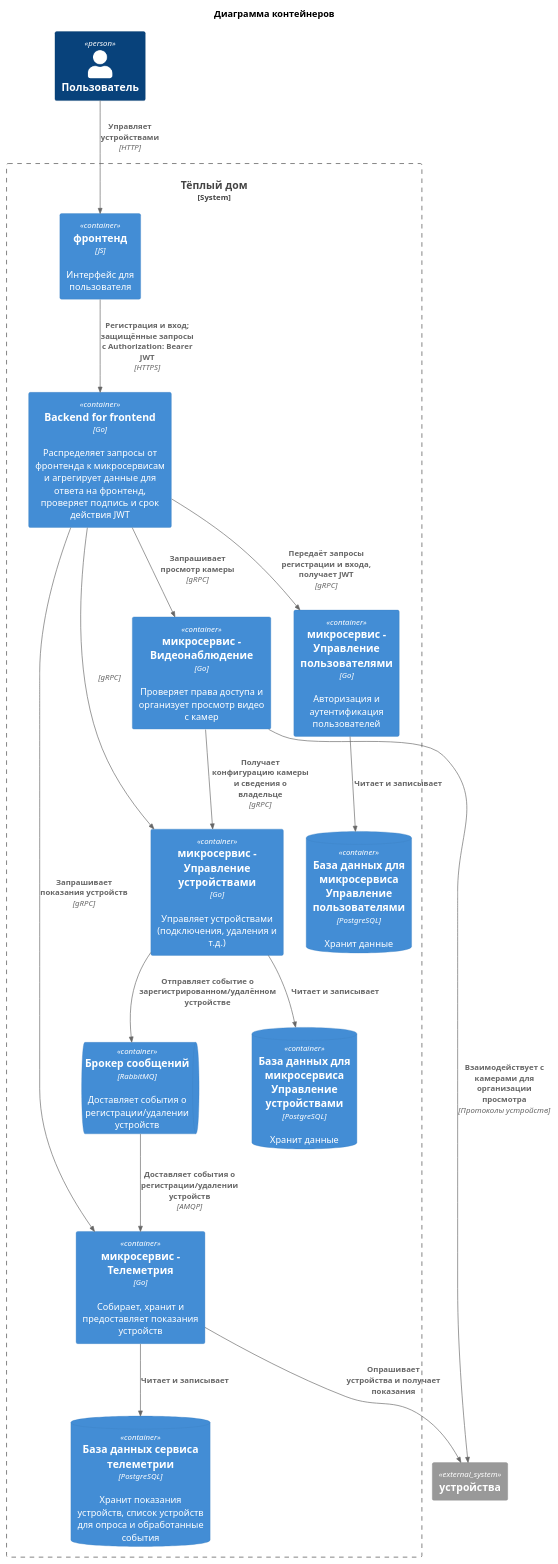
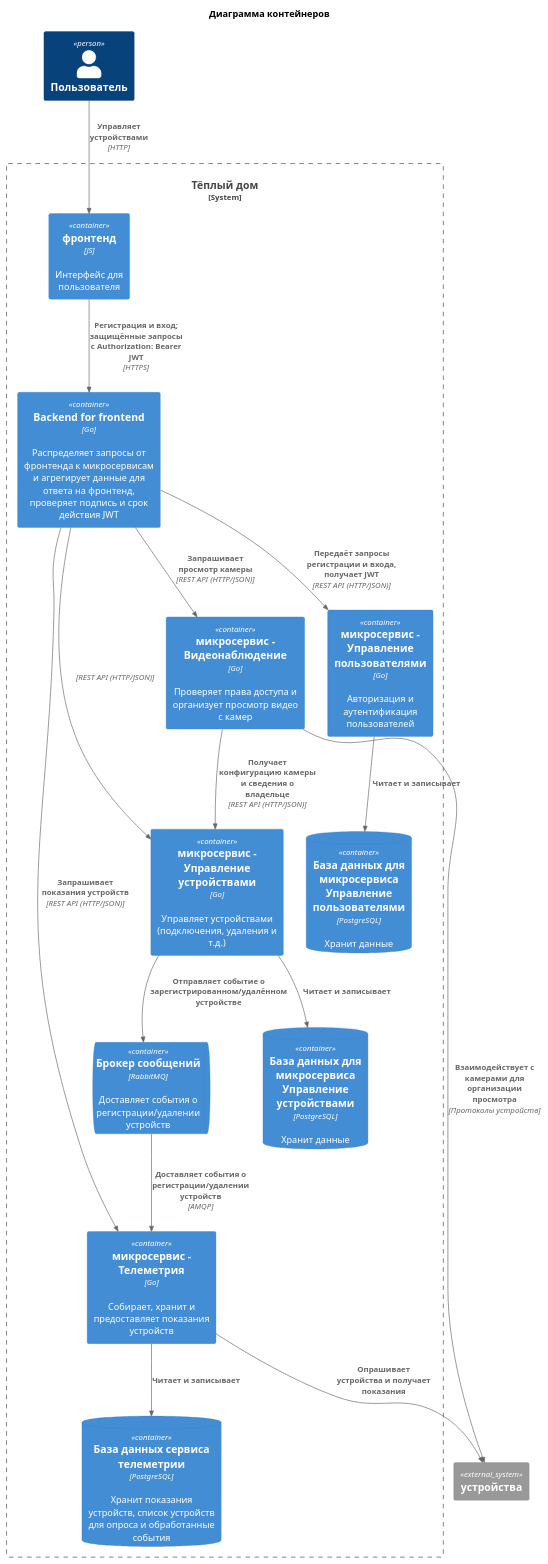
One commit to NikolosHGW/architecture-pro-warmhouse changed the diagram in schemas/2/container/container.puml. Above: the diagram before and after it, drawn with PlantUML. The commit also changed 4 other files, not shown here.

```diff
--- a/schemas/2/container/container.puml
+++ b/schemas/2/container/container.puml
@@ -1,48 +1,48 @@
 @startuml
 !include <C4/C4_Container>
 
 title Диаграмма контейнеров
 
 Person(user, "Пользователь")
 
 System_Boundary(warmhouse, "Тёплый дом") {
 
     Container(web_client, "фронтенд", "JS", "Интерфейс для пользователя")
 
     Container(bff, "Backend for frontend", "Go", "Распределяет запросы от фронтенда к микросервисам и агрегирует данные для ответа на фронтенд, проверяет подпись и срок действия JWT")
 
     Container(devices, "микросервис - Управление устройствами", "Go", "Управляет устройствами (подключения, удаления и т.д.)")
 
     ContainerDb(devices_db, "База данных для микросервиса Управление устройствами", "PostgreSQL", "Хранит данные")
 
     Container(telemetry, "микросервис - Телеметрия", "Go", "Собирает, хранит и предоставляет показания устройств")
 
     ContainerDb(telemetry_db, "База данных сервиса телеметрии", "PostgreSQL", "Хранит показания устройств, список устройств для опроса и обработанные события")
 
     Container(video, "микросервис - Видеонаблюдение", "Go", "Проверяет права доступа и организует просмотр видео с камер")
 
     Container(auth, "микросервис - Управление пользователями", "Go", "Авторизация и аутентификация пользователей")
 
     ContainerDb(auth_db, "База данных для микросервиса Управление пользователями", "PostgreSQL", "Хранит данные")
 
     ContainerQueue(rabbitmq, "Брокер сообщений", "RabbitMQ", "Доставляет события о регистрации/удалении устройств")
 }
 
 System_Ext("user_devices", "устройства")
 
 Rel(user, web_client, "Управляет устройствами", "HTTP")
 Rel(web_client, bff, "Регистрация и вход; защищённые запросы с Authorization: Bearer JWT", "HTTPS")
-Rel(bff, devices, "", "gRPC")
-Rel(bff, telemetry, "Запрашивает показания устройств", "gRPC")
-Rel(bff, video, "Запрашивает просмотр камеры", "gRPC")
-Rel(video, devices, "Получает конфигурацию камеры и сведения о владельце", "gRPC")
+Rel(bff, devices, "", "REST API (HTTP/JSON)")
+Rel(bff, telemetry, "Запрашивает показания устройств", "REST API (HTTP/JSON)")
+Rel(bff, video, "Запрашивает просмотр камеры", "REST API (HTTP/JSON)")
+Rel(video, devices, "Получает конфигурацию камеры и сведения о владельце", "REST API (HTTP/JSON)")
 Rel(video, user_devices, "Взаимодействует с камерами для организации просмотра", "Протоколы устройств")
-Rel(bff, auth, "Передаёт запросы регистрации и входа, получает JWT", "gRPC")
+Rel(bff, auth, "Передаёт запросы регистрации и входа, получает JWT", "REST API (HTTP/JSON)")
 Rel(devices, devices_db, "Читает и записывает")
 Rel(telemetry, telemetry_db, "Читает и записывает")
 Rel(auth, auth_db, "Читает и записывает")
 Rel(telemetry, user_devices, "Опрашивает устройства и получает показания")
 Rel(devices, rabbitmq, "Отправляет событие о зарегистрированном/удалённом устройстве")
 Rel(rabbitmq, telemetry, "Доставляет события о регистрации/удалении устройств", "AMQP")
 
 @enduml
```
